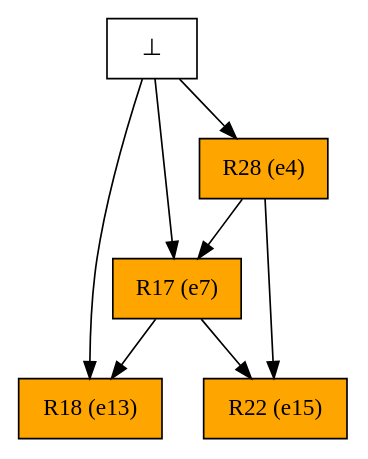
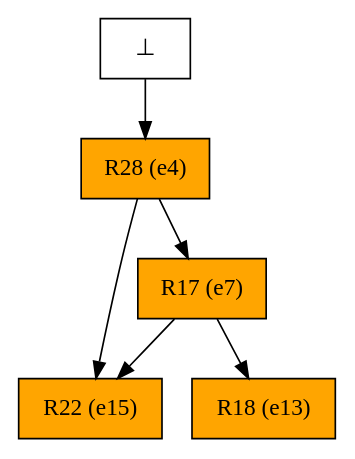
The diagram in examples/oursin_tasmanie/oursin_tasmanie_pr-a0.dot (giannkas/ecofolder), drawn with Graphviz before and after one commit. The commit also changed 30 other files, not shown here.

```diff
--- a/examples/oursin_tasmanie/oursin_tasmanie_pr-a0.dot
+++ b/examples/oursin_tasmanie/oursin_tasmanie_pr-a0.dot
@@ -1,14 +1,12 @@
 digraph test {
-  e0 -> e13;
-  e0 -> e7;
-  e0 -> e4;
   e4 -> e15;
   e4 -> e7;
   e7 -> e13;
   e7 -> e15;
+  e0 -> e4;
   e4 [color="black" fillcolor="orange" label="R28 (e4)" shape=box style=filled];
   e7 [color="black" fillcolor="orange" label="R17 (e7)" shape=box style=filled];
   e13 [color="black" fillcolor="orange" label="R18 (e13)" shape=box style=filled];
   e15 [color="black" fillcolor="orange" label="R22 (e15)" shape=box style=filled];
   e0 [fillcolor=white label="⊥" shape=box style=filled];
 }
```
